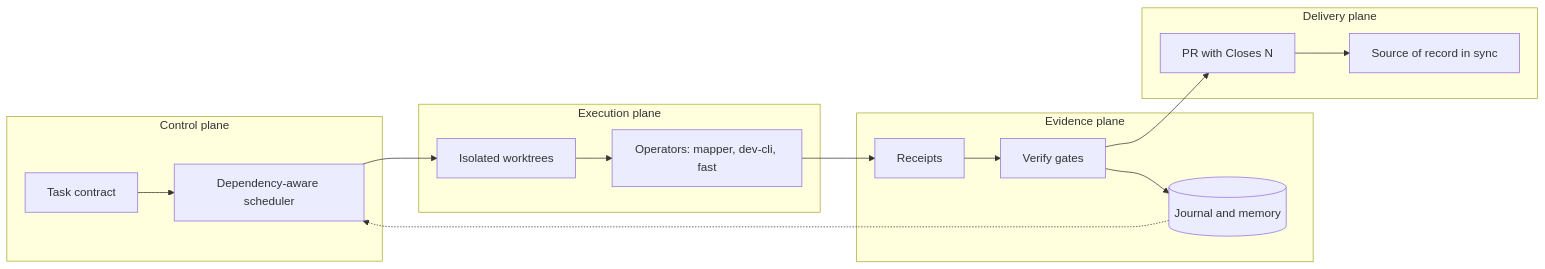
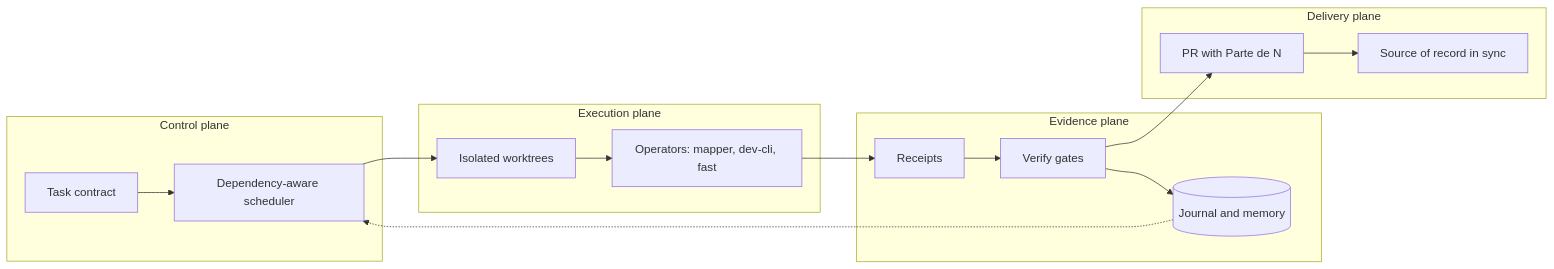
The ninth of 16 diagrams in docs/GUIDE.md (simpletibr/simplicio-loop), drawn with Mermaid before and after one commit. The commit also changed 6 other files, not shown here.

````diff
--- a/docs/GUIDE.md
+++ b/docs/GUIDE.md
@@ -258,19 +258,19 @@
 ```mermaid
 flowchart LR
   subgraph CONTROL["Control plane"]
     CT["Task contract"] --> SCH["Dependency-aware scheduler"]
   end
   subgraph EXEC["Execution plane"]
     WK["Isolated worktrees"] --> OP["Operators: mapper, dev-cli, fast"]
   end
   subgraph EVID["Evidence plane"]
     RC["Receipts"] --> VG["Verify gates"] --> MEM[("Journal and memory")]
   end
   subgraph DELIV["Delivery plane"]
-    PR["PR with Closes N"] --> SRC["Source of record in sync"]
+    PR["PR with Parte de N"] --> SRC["Source of record in sync"]
   end
   SCH --> WK
   OP --> RC
   VG --> PR
   MEM -.-> SCH
 ```
````
